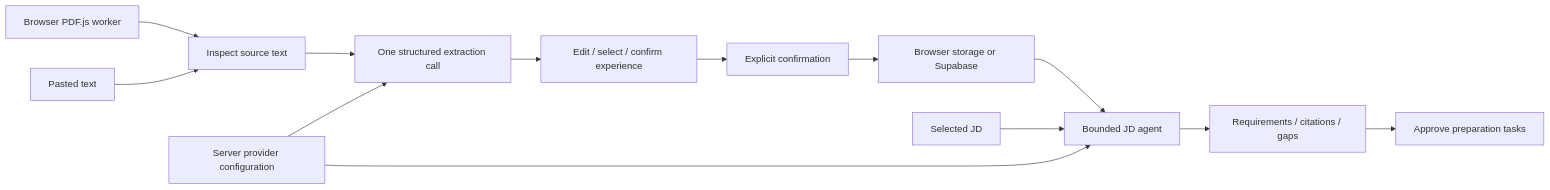
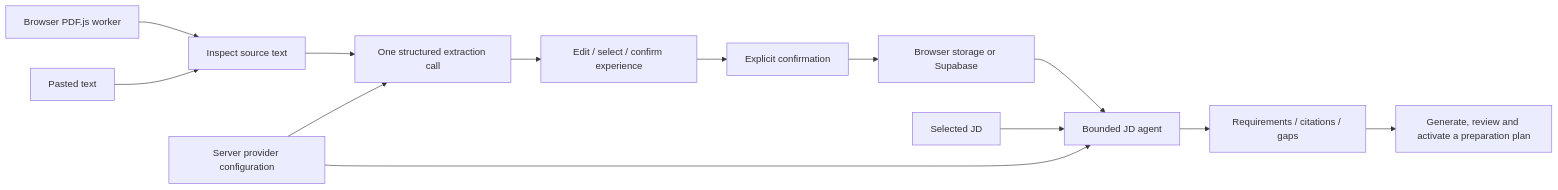
Before and after one commit to horadam/fieldwork: the diagram in CASE-STUDY.md, drawn with Mermaid. The commit also changed other lines of this file and 23 other files, not shown here.

First line of the commit message:
Make "Prepare for this job" the only preparation plan

````diff
--- a/CASE-STUDY.md
+++ b/CASE-STUDY.md
@@ -7,15 +7,15 @@
 ```mermaid
 flowchart LR
   PDF[Browser PDF.js worker] --> Text[Inspect source text]
   Paste[Pasted text] --> Text
   Text --> Extract[One structured extraction call]
   Config[Server provider configuration] --> Extract
   Config --> Agent[Bounded JD agent]
   Extract --> Review[Edit / select / confirm experience]
   Review --> Confirm[Explicit confirmation]
   Confirm --> Store[Browser storage or Supabase]
   Store --> Agent
   JD[Selected JD] --> Agent
   Agent --> Analysis[Requirements / citations / gaps]
-  Analysis --> Approval[Approve preparation tasks]
+  Analysis --> Plan[Generate, review and activate a preparation plan]
 ```
````
